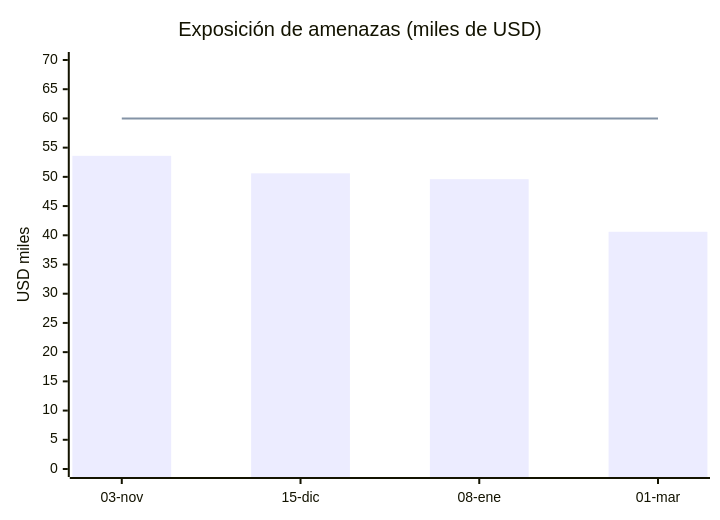
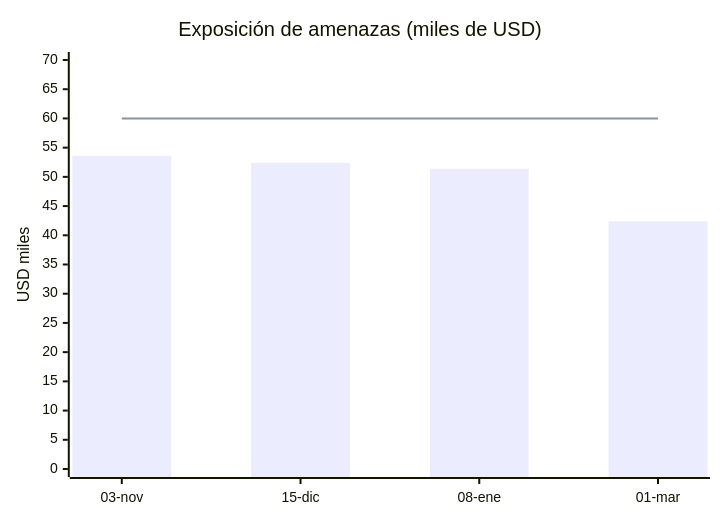
One commit to Arturo-Penas-Rial/pm-method changed the second of 4 diagrams in docs/guias/E2E-1-riesgos.md. Above: the diagram before and after it, drawn with Mermaid. The commit also changed other lines of this file and 144 other files, not shown here.

````diff
--- a/docs/guias/E2E-1-riesgos.md
+++ b/docs/guias/E2E-1-riesgos.md
@@ -365,8 +590,8 @@
 ```mermaid
 xychart-beta
     title "Exposición de amenazas (miles de USD)"
     x-axis ["03-nov", "15-dic", "08-ene", "01-mar"]
     y-axis "USD miles" 0 --> 70
-    bar [53.6, 50.6, 49.6, 40.6]
+    bar [53.6, 52.4, 51.4, 42.4]
     line [60, 60, 60, 60]
 ```
````
